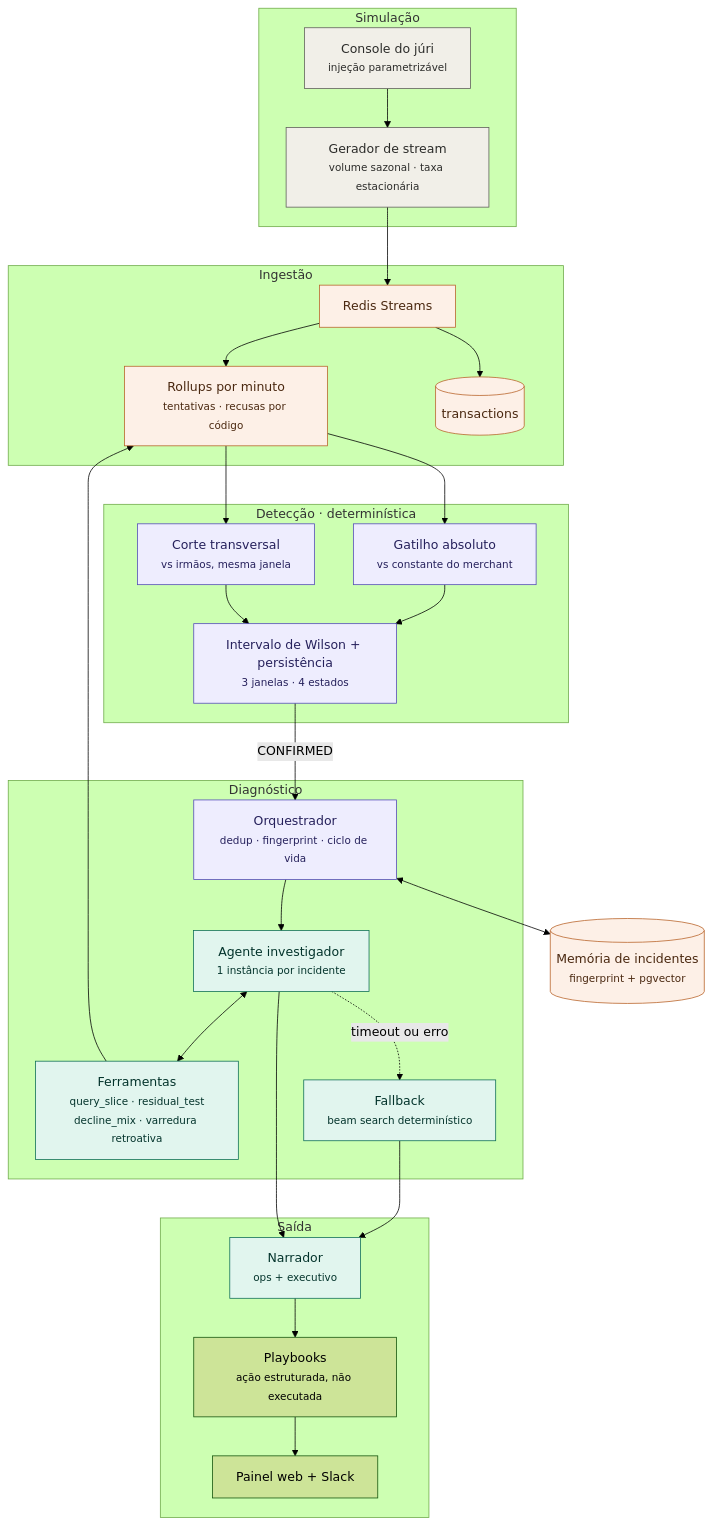
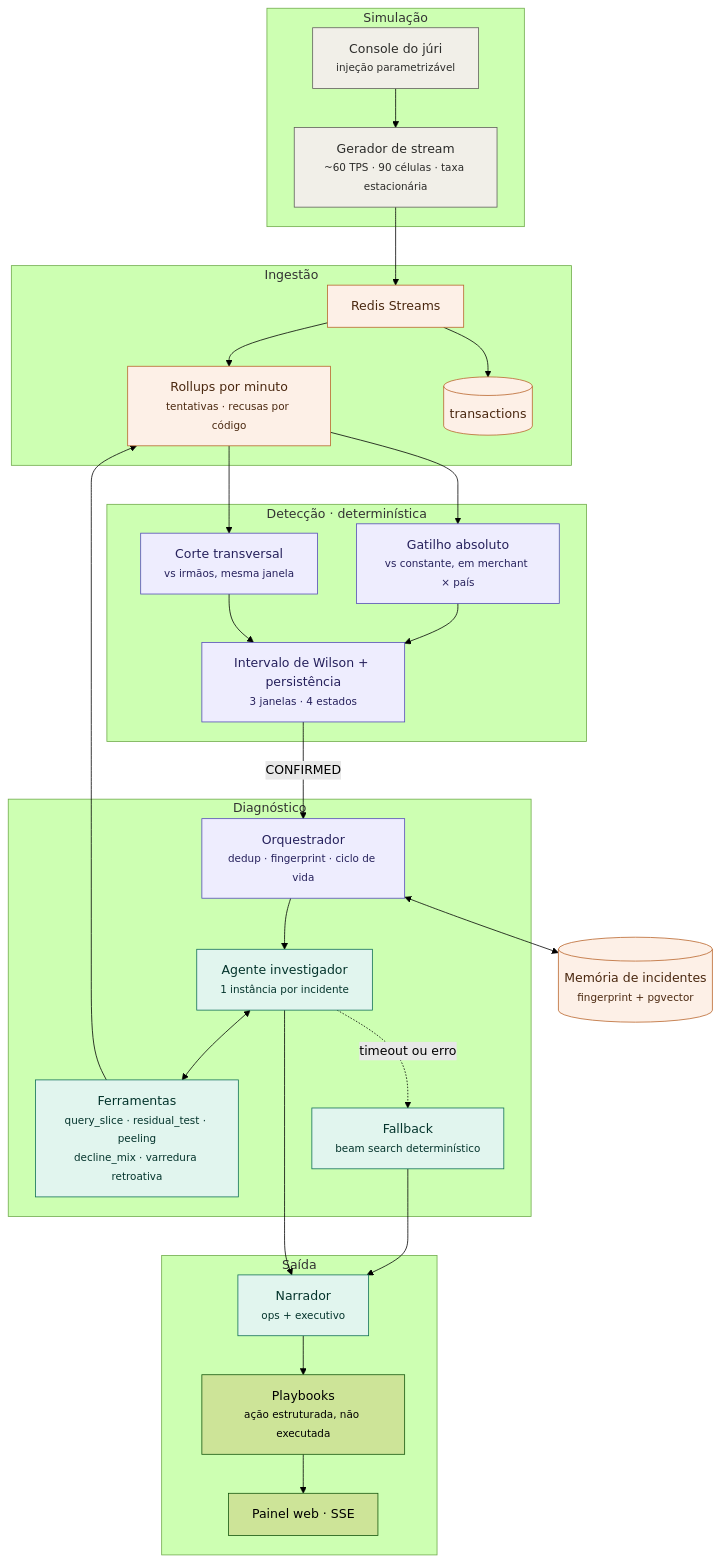
The diagram in context/roadmap.md (diogonzafe/yuno-control-tower), drawn with Mermaid (forest theme) before and after one commit. The commit also changed other lines of this file and 1 other file, not shown here.

````diff
--- a/context/roadmap.md
+++ b/context/roadmap.md
@@ -96,58 +96,58 @@
 ```mermaid
 flowchart TD
     subgraph SIM["Simulação"]
-        G["Gerador de stream<br/><small>volume sazonal · taxa estacionária</small>"]
+        G["Gerador de stream<br/><small>~60 TPS · 90 células · taxa estacionária</small>"]
         J["Console do júri<br/><small>injeção parametrizável</small>"]
     end
 
     subgraph ING["Ingestão"]
         S["Redis Streams"]
         R["Rollups por minuto<br/><small>tentativas · recusas por código</small>"]
         TX[("transactions")]
     end
 
     subgraph DET["Detecção · determinística"]
-        D1["Gatilho absoluto<br/><small>vs constante do merchant</small>"]
+        D1["Gatilho absoluto<br/><small>vs constante, em merchant × país</small>"]
         D2["Corte transversal<br/><small>vs irmãos, mesma janela</small>"]
         D3["Intervalo de Wilson + persistência<br/><small>3 janelas · 4 estados</small>"]
     end
 
     subgraph DIAG["Diagnóstico"]
         O["Orquestrador<br/><small>dedup · fingerprint · ciclo de vida</small>"]
         A["Agente investigador<br/><small>1 instância por incidente</small>"]
-        T["Ferramentas<br/><small>query_slice · residual_test<br/>decline_mix · varredura retroativa</small>"]
+        T["Ferramentas<br/><small>query_slice · residual_test · peeling<br/>decline_mix · varredura retroativa</small>"]
         FB["Fallback<br/><small>beam search determinístico</small>"]
     end
 
     subgraph OUT["Saída"]
         N["Narrador<br/><small>ops + executivo</small>"]
         P["Playbooks<br/><small>ação estruturada, não executada</small>"]
-        UI["Painel web + Slack"]
+        UI["Painel web · SSE"]
     end
 
     MEM[("Memória de incidentes<br/><small>fingerprint + pgvector</small>")]
 
     J --> G --> S --> R
     S --> TX
     R --> D1 & D2
     D1 & D2 --> D3
     D3 -->|CONFIRMED| O
     O --> A
     A <--> T
     T --> R
     A -.->|timeout ou erro| FB
     FB --> N
     A --> N
     N --> P --> UI
     O <--> MEM
 
     classDef sim fill:#F1EFE8,stroke:#5F5E5A,color:#2C2C2A
     classDef det fill:#EEEDFE,stroke:#534AB7,color:#26215C
     classDef ag fill:#E1F5EE,stroke:#0F6E56,color:#04342C
     classDef store fill:#FDF0E7,stroke:#B8642A,color:#4A2810
 
     class G,J sim
     class D1,D2,D3,O det
     class A,T,FB,N ag
     class TX,R,MEM,S store
 ```
````
